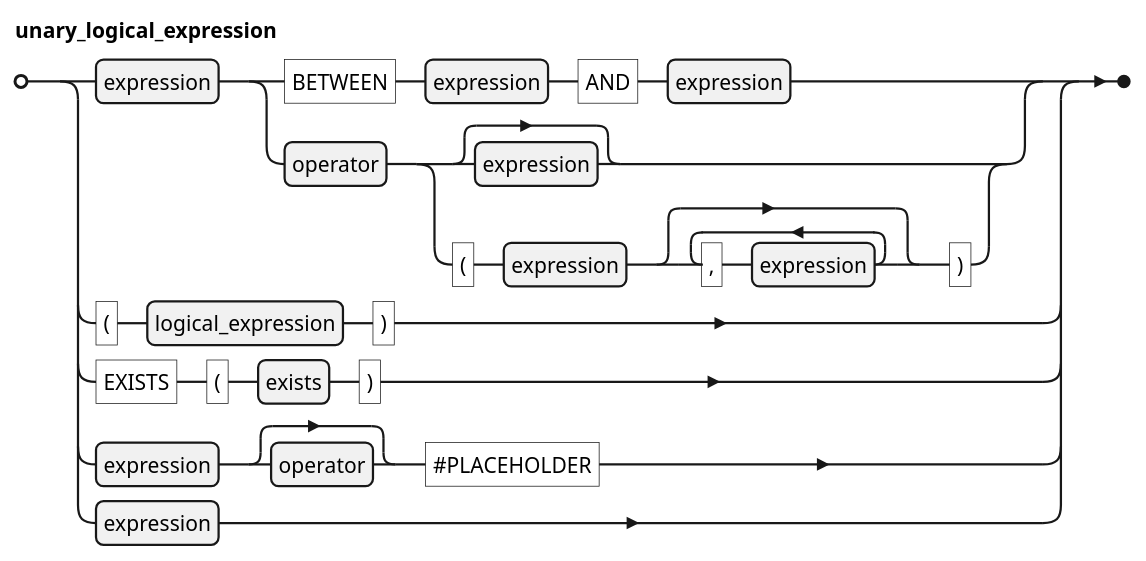
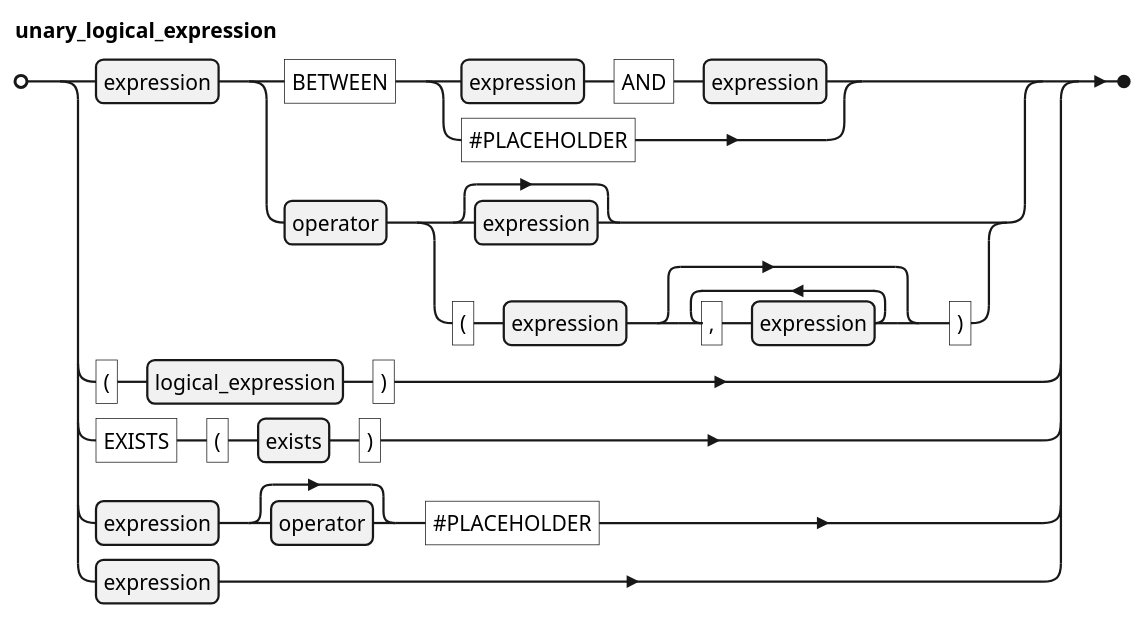
The diagram in docs/kql/unary_logical_expression.plantuml (koryki-java/core), drawn with PlantUML before and after one commit. The commit also changed 3 other files, not shown here.

First line of the commit message:
Give BETWEEN a placeholder alternative of its own

```diff
--- a/docs/kql/unary_logical_expression.plantuml
+++ b/docs/kql/unary_logical_expression.plantuml
@@ -1,23 +1,23 @@
 @startebnf
 ' border and background
 skinparam legendBorderColor transparent
 skinparam legendBackgroundColor white
 
 'title unary_logical_expression
 
 unary_logical_expression = expression,
 (
-    "BETWEEN", expression, "AND", expression
+    "BETWEEN", ( expression, "AND", expression | "#PLACEHOLDER" )
     | operator,
     (
         [expression]
         | "(", expression, {",", expression}, ")"
     )
 )
 |   "(", logical_expression , ")"
 | "EXISTS", "(", exists, ")"
 | expression, [operator], "#PLACEHOLDER"
 | expression
 ;
 
 @endebnf
```
